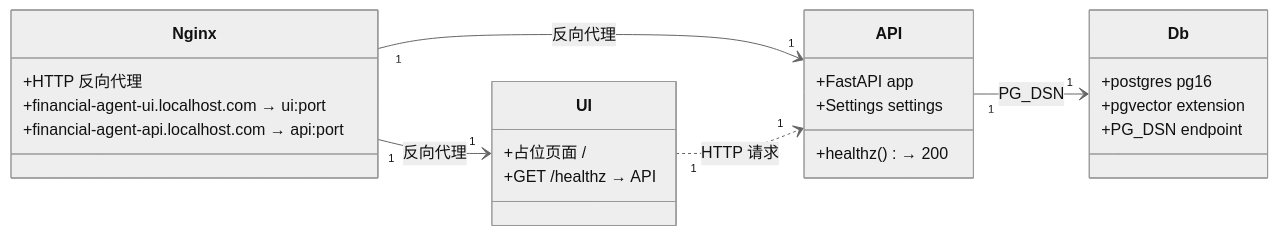
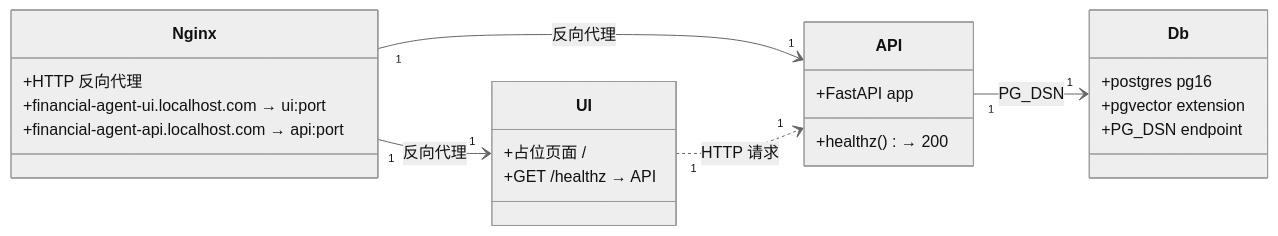
Before and after one commit to shixiongyang-svg/financial-agent-spdd: the diagram in .spdd_specs/tasks/Task_0_Environment_cn.trainee.md, drawn with Mermaid (neutral theme). The commit also changed other lines of this file and 1 other file, not shown here.

````diff
--- a/.spdd_specs/tasks/Task_0_Environment_cn.trainee.md
+++ b/.spdd_specs/tasks/Task_0_Environment_cn.trainee.md
@@ -68,32 +67,31 @@
 ```mermaid
 classDiagram
 direction LR
 
 class Nginx {
   +HTTP 反向代理
   +financial-agent-ui.localhost.com → ui:port
   +financial-agent-api.localhost.com → api:port
 }
 
 class UI {
   +占位页面 /
   +GET /healthz → API
 }
 
 class API {
   +FastAPI app
   +healthz() → 200
-  +Settings settings
 }
 
 class Db {
   +postgres pg16
   +pgvector extension
   +PG_DSN endpoint
 }
 
 Nginx "1" --> "1" UI : 反向代理
 Nginx "1" --> "1" API : 反向代理
 UI "1" ..> "1" API : HTTP 请求
 API "1" --> "1" Db : PG_DSN
 ```
````
